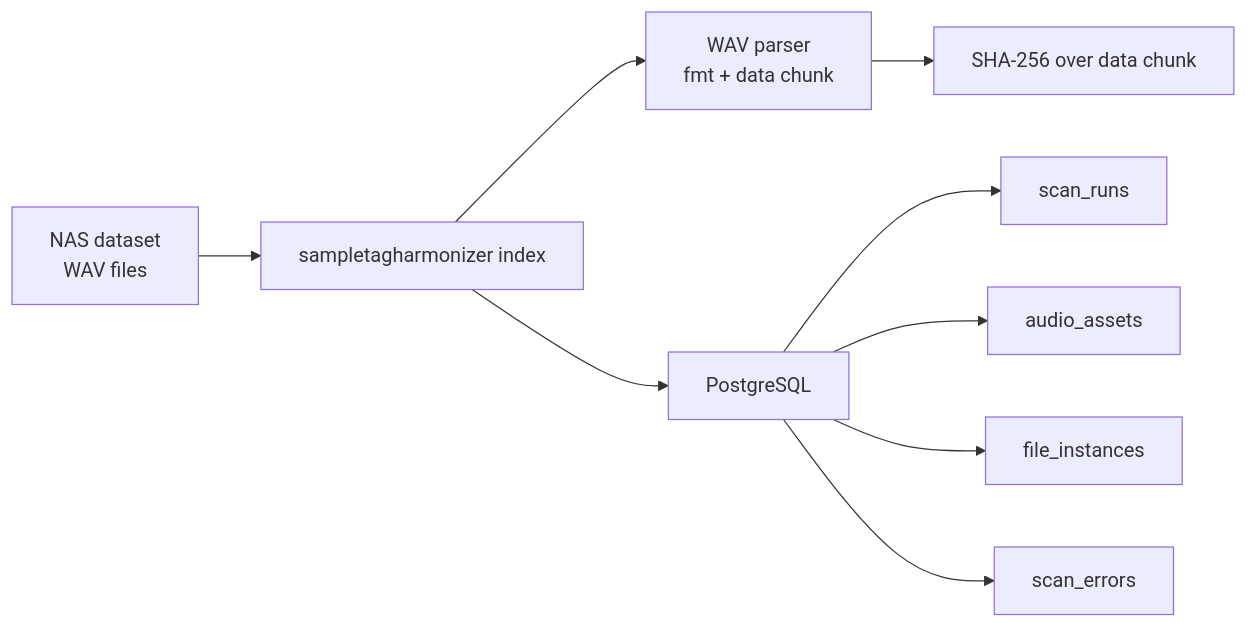
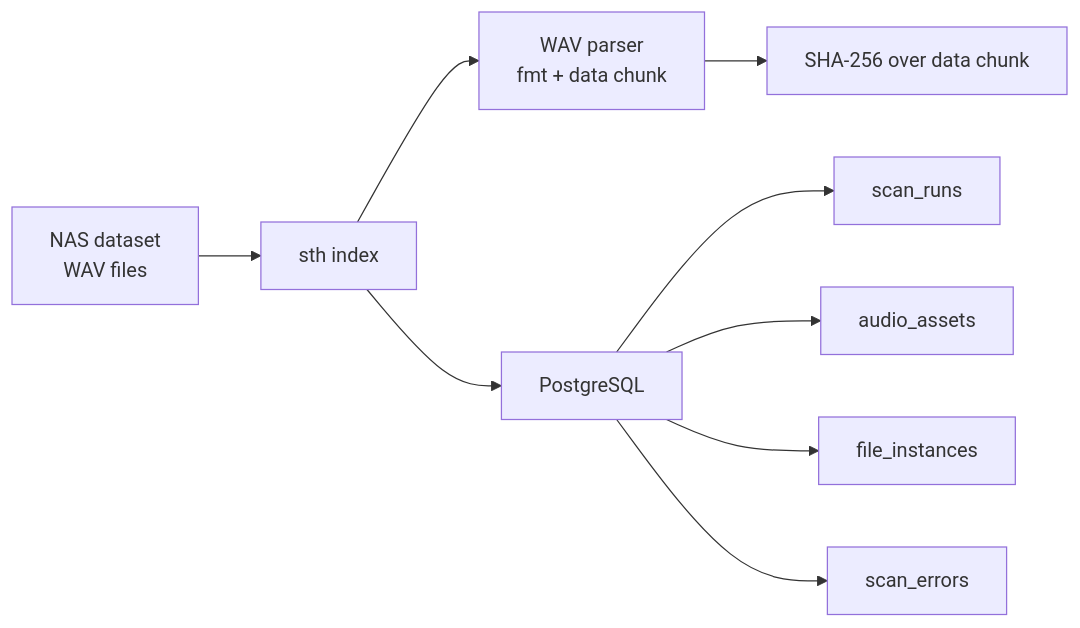
Before and after one commit to stefanklocke/sampletagharmonizer: the diagram in docs/DATABASE_INDEXING.md, drawn with Mermaid. The commit also changed other lines of this file and 6 other files, not shown here.

````diff
--- a/docs/DATABASE_INDEXING.md
+++ b/docs/DATABASE_INDEXING.md
@@ -9,18 +9,18 @@
 ```mermaid
 flowchart LR
     nas["NAS dataset<br/>WAV files"]
-    cli["sampletagharmonizer index"]
+    cli["sth index"]
     wav["WAV parser<br/>fmt + data chunk"]
     hash["SHA-256 over data chunk"]
     db["PostgreSQL"]
 
     nas --> cli
     cli --> wav
     wav --> hash
     cli --> db
 
     db --> scan_runs
     db --> audio_assets
     db --> file_instances
     db --> scan_errors
 ```
````
